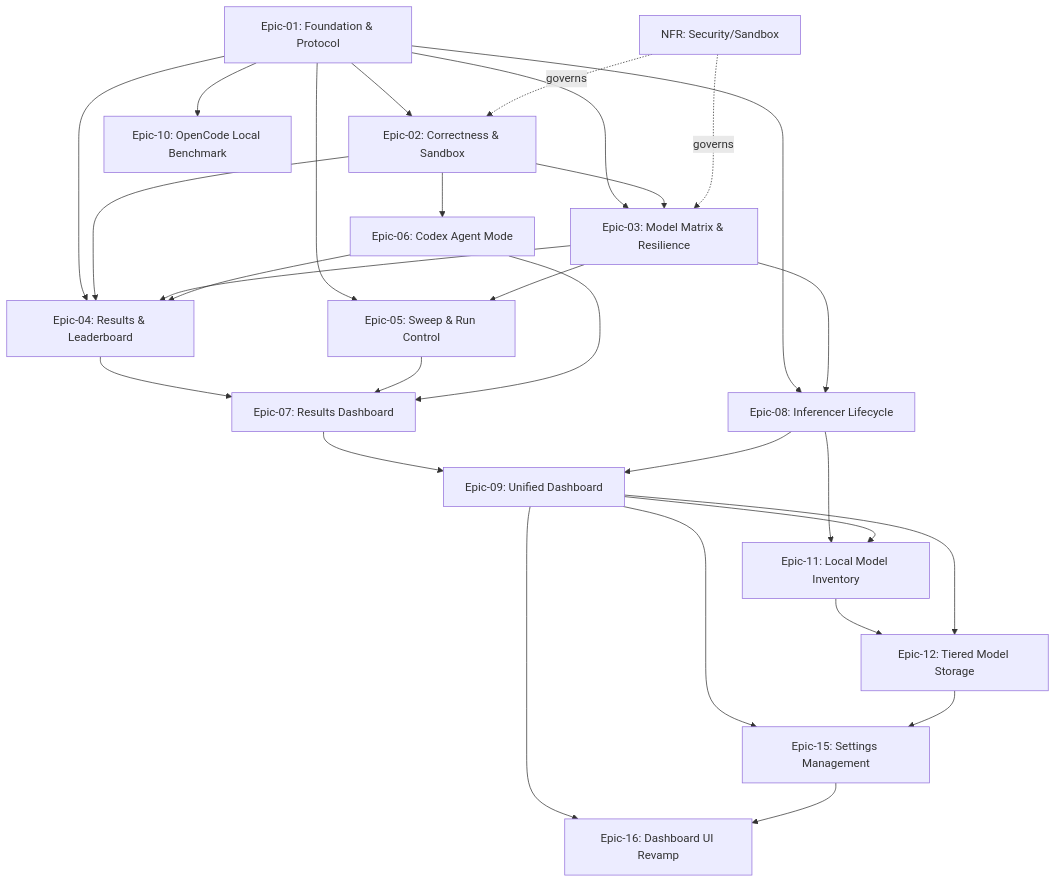
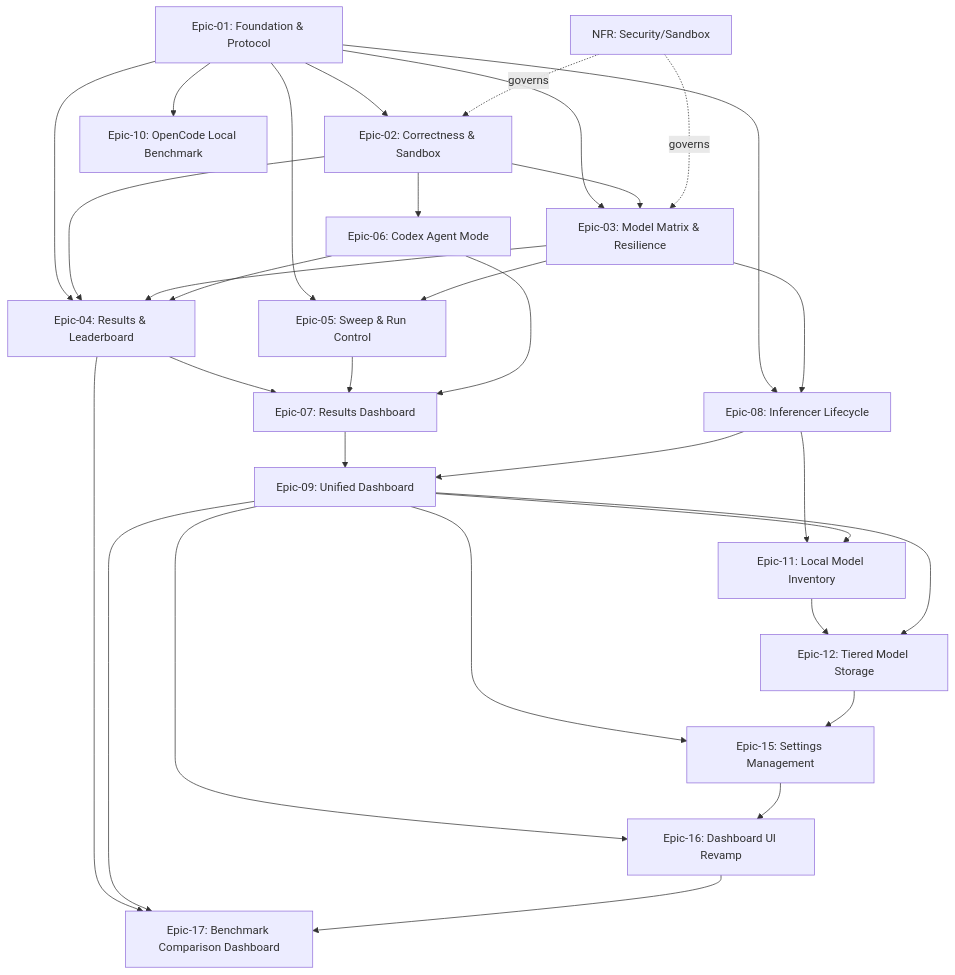
Before and after one commit to fxmartin/local-code-bench: the diagram in docs/STORIES.md, drawn with Mermaid. The commit also changed other lines of this file and 1 other file, not shown here.

````diff
--- a/docs/STORIES.md
+++ b/docs/STORIES.md
@@ -93,31 +95,34 @@
 ```mermaid
 graph TD
     E01[Epic-01: Foundation & Protocol] --> E02[Epic-02: Correctness & Sandbox]
     E01 --> E03[Epic-03: Model Matrix & Resilience]
     E02 --> E03
     E01 --> E04[Epic-04: Results & Leaderboard]
     E02 --> E04
     E03 --> E04
     E02 --> E06[Epic-06: Codex Agent Mode]
     E06 --> E04
     E01 --> E05[Epic-05: Sweep & Run Control]
     E03 --> E05
     E04 --> E07[Epic-07: Results Dashboard]
     E05 --> E07
     E06 --> E07
     E01 --> E08[Epic-08: Inferencer Lifecycle]
     E03 --> E08
     E07 --> E09[Epic-09: Unified Dashboard]
     E08 --> E09
     E01 --> E10[Epic-10: OpenCode Local Benchmark]
     E08 --> E11[Epic-11: Local Model Inventory]
     E09 --> E11
     E11 --> E12[Epic-12: Tiered Model Storage]
     E09 --> E12
     E09 --> E15[Epic-15: Settings Management]
     E12 --> E15
     E09 --> E16[Epic-16: Dashboard UI Revamp]
     E15 --> E16
+    E04 --> E17[Epic-17: Benchmark Comparison Dashboard]
+    E09 --> E17
+    E16 --> E17
     NFR[NFR: Security/Sandbox] -.governs.-> E02
     NFR -.governs.-> E03
 ```
````
